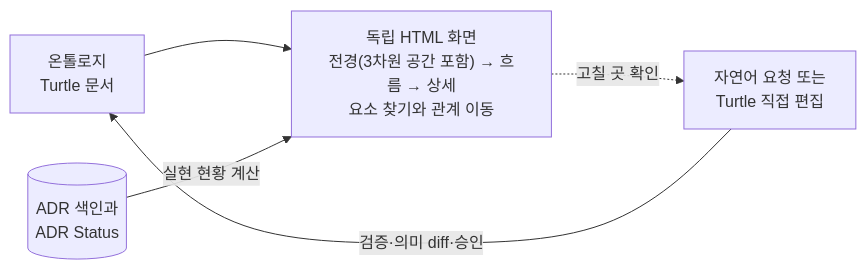
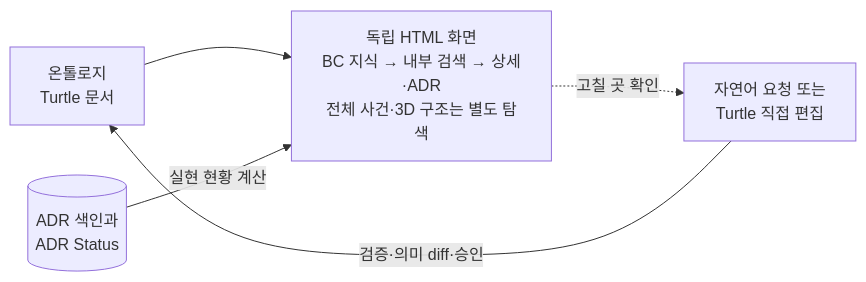
Before and after one commit to haandol/alps-writer-plugins: the diagram in docs/adr/ontology/0005-render-read-only-ontology-views.md, drawn with Mermaid. The commit also changed other lines of this file and 57 other files, not shown here.

````diff
--- a/docs/adr/ontology/0005-render-read-only-ontology-views.md
+++ b/docs/adr/ontology/0005-render-read-only-ontology-views.md
@@ -63,12 +78,12 @@
 ```mermaid
 flowchart LR
     Model["온톨로지<br/>Turtle 문서"]
     Index[("ADR 색인과<br/>ADR Status")]
-    View["독립 HTML 화면<br/>전경(3차원 공간 포함) → 흐름 → 상세<br/>요소 찾기와 관계 이동"]
+    View["독립 HTML 화면<br/>BC 지식 → 내부 검색 → 상세·ADR<br/>전체 사건·3D 구조는 별도 탐색"]
     Edit["자연어 요청 또는<br/>Turtle 직접 편집"]
 
     Model --> View
     Index -->|실현 현황 계산| View
     View -. 고칠 곳 확인 .-> Edit
     Edit -->|검증·의미 diff·승인| Model
 ```
````
